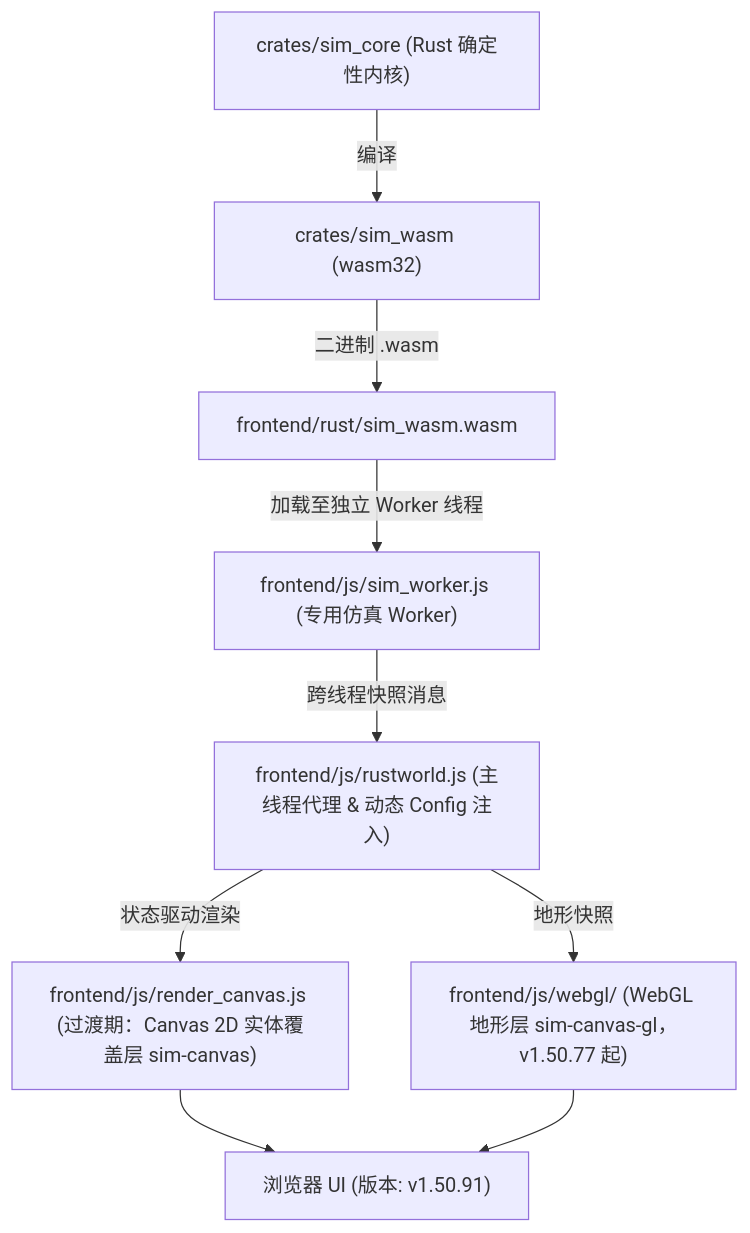
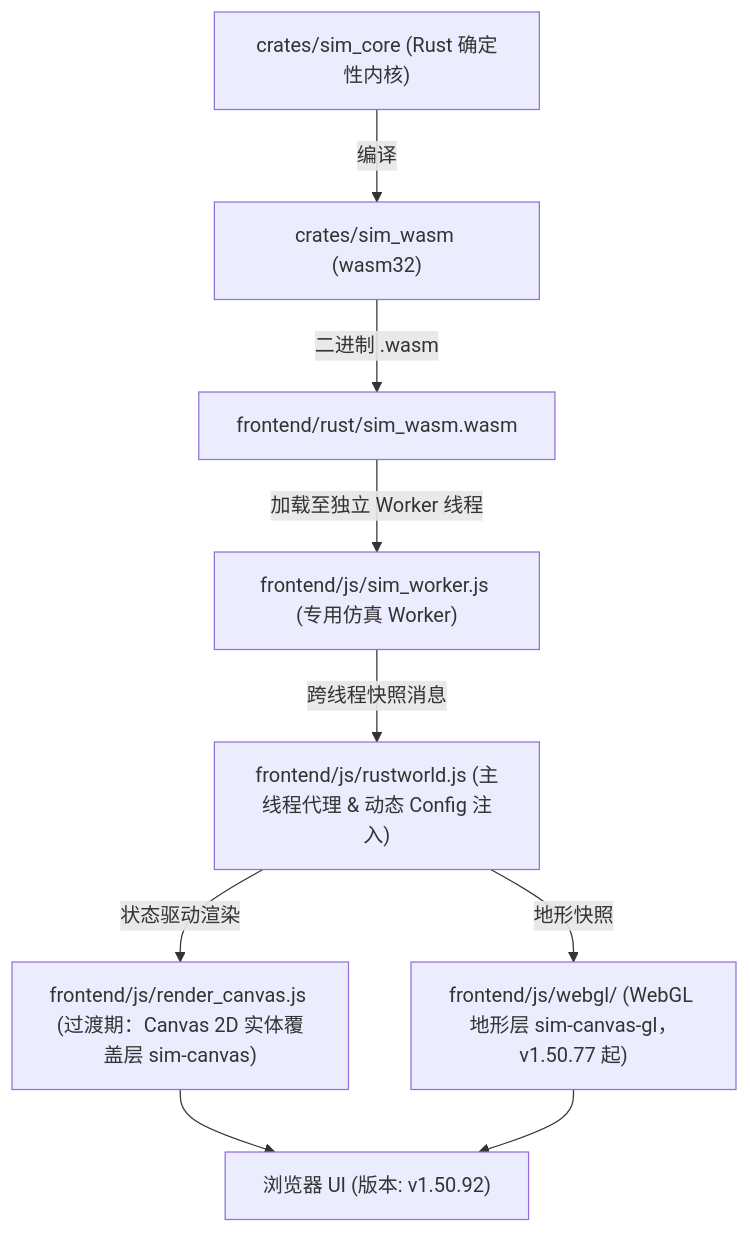
The diagram in AGENTS.md (g39088902/FlowAndAccord), drawn with Mermaid before and after one commit. The commit also changed other lines of this file and 13 other files, not shown here.

````diff
--- a/AGENTS.md
+++ b/AGENTS.md
@@ -62,12 +62,12 @@
 ```mermaid
 graph TD
     A["crates/sim_core (Rust 确定性内核)"] -->|编译| B["crates/sim_wasm (wasm32)"]
     B -->|二进制 .wasm| C["frontend/rust/sim_wasm.wasm"]
     C -->|加载至独立 Worker 线程| D["frontend/js/sim_worker.js (专用仿真 Worker)"]
     D -->|跨线程快照消息| E["frontend/js/rustworld.js (主线程代理 & 动态 Config 注入)"]
     E -->|状态驱动渲染| F["frontend/js/render_canvas.js (过渡期：Canvas 2D 实体覆盖层 sim-canvas)"]
     E -->|地形快照| F2["frontend/js/webgl/ (WebGL 地形层 sim-canvas-gl，v1.50.77 起)"]
-    F --> G["浏览器 UI (版本: v1.50.91)"]
+    F --> G["浏览器 UI (版本: v1.50.92)"]
     F2 --> G
 
 ```
````
